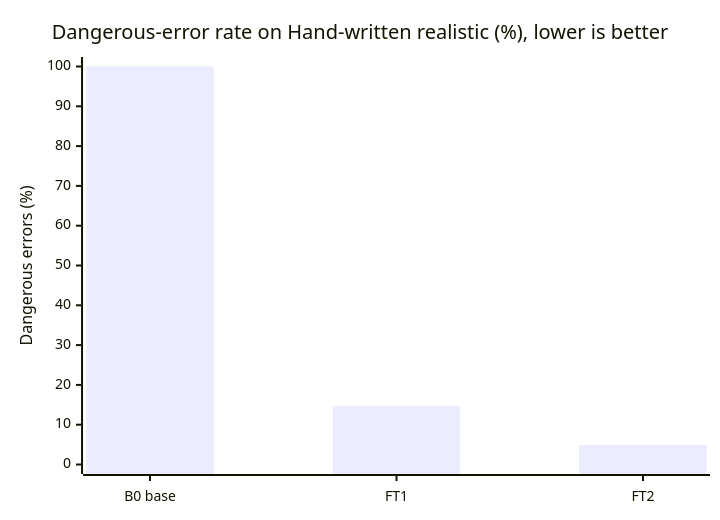
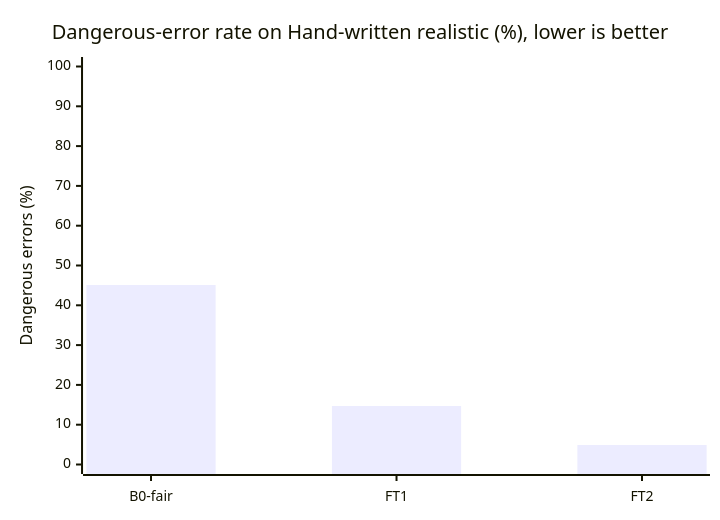
The second of 4 diagrams in eval/results.md (Vedant817/aaji-pill-clerk), drawn with Mermaid before and after one commit. The commit also changed other lines of this file and 9 other files, not shown here.

````diff
--- a/eval/results.md
+++ b/eval/results.md
@@ -104,7 +106,7 @@
 ```mermaid
 xychart-beta
     title "Dangerous-error rate on Hand-written realistic (%), lower is better"
-    x-axis ["B0 base", "FT1", "FT2"]
+    x-axis ["B0-fair", "FT1", "FT2"]
     y-axis "Dangerous errors (%)" 0 --> 100
-    bar [100, 14.7, 4.9]
+    bar [45.1, 14.7, 4.9]
 ```
````
